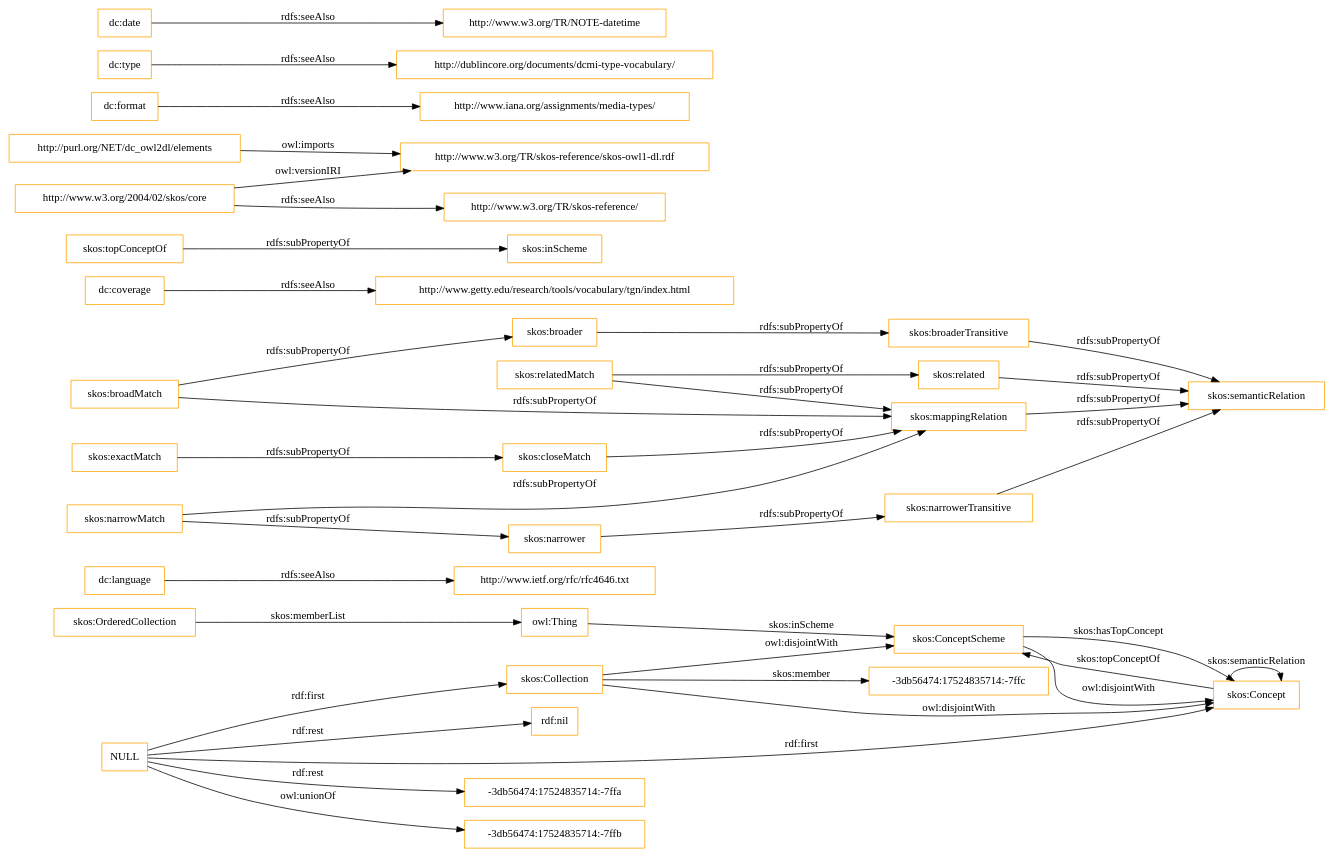
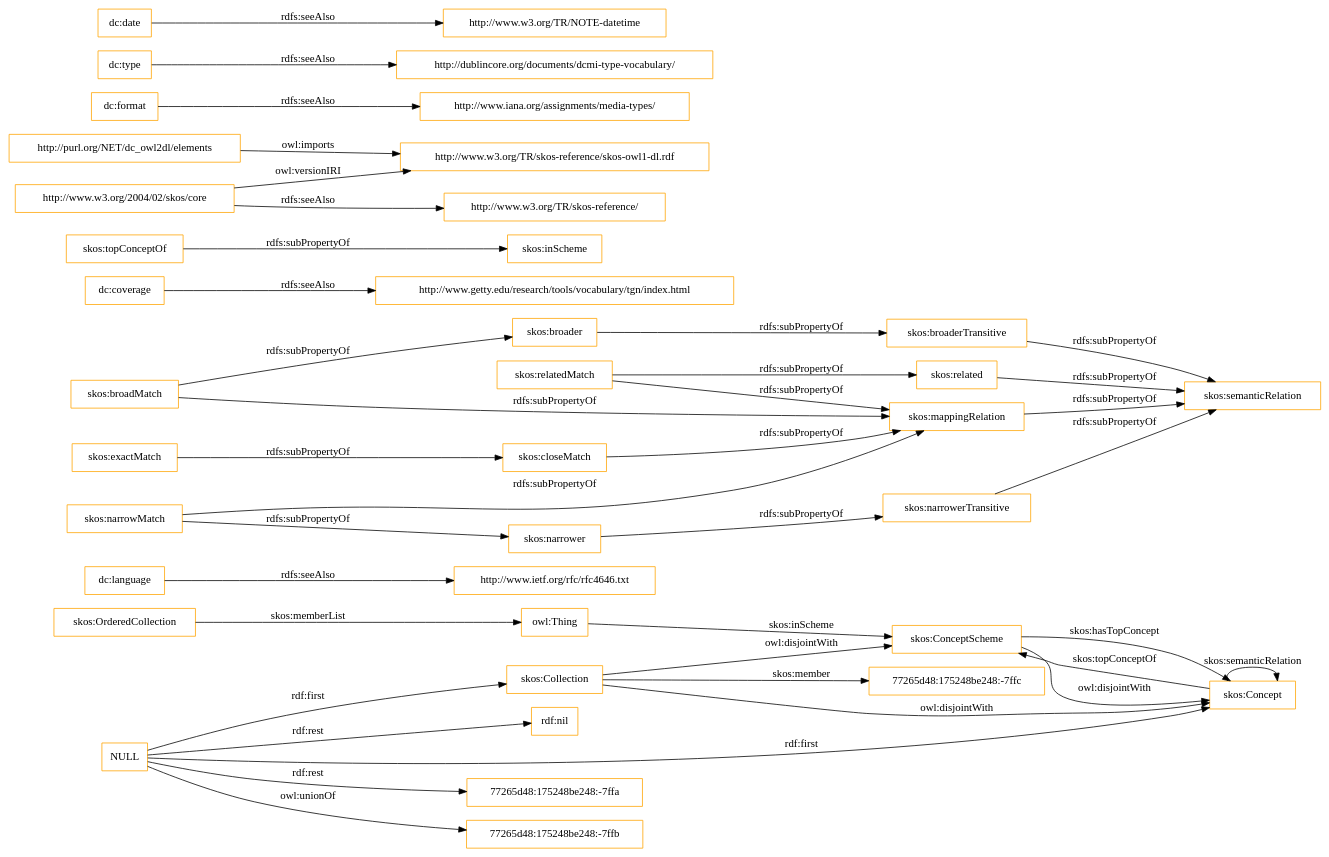
The diagram in OnToology/imports/elements.owl/diagrams/ar2dtool-class/elements.owl.png.dot (OnToologyUser/core-ontology-1), drawn with Graphviz before and after one commit. The commit also changed 14 other files, not shown here.

```diff
--- a/OnToology/imports/elements.owl/diagrams/ar2dtool-class/elements.owl.png.dot
+++ b/OnToology/imports/elements.owl/diagrams/ar2dtool-class/elements.owl.png.dot
@@ -1,43 +1,43 @@
 digraph ar2dtool_diagram { 
 rankdir=LR;
 size="1501"
-node [shape = rectangle, color="orange"]; "-3db56474:17524835714:-7ffc" "skos:OrderedCollection" "skos:Collection" "skos:ConceptScheme" "skos:Concept" ; /*classes style*/
+node [shape = rectangle, color="orange"]; "77265d48:175248be248:-7ffc" "skos:OrderedCollection" "skos:Collection" "skos:ConceptScheme" "skos:Concept" ; /*classes style*/
 	"dc:language" -> "http://www.ietf.org/rfc/rfc4646.txt" [ label = "rdfs:seeAlso" ];
-	"NULL" -> "-3db56474:17524835714:-7ffa" [ label = "rdf:rest" ];
+	"NULL" -> "77265d48:175248be248:-7ffa" [ label = "rdf:rest" ];
 	"NULL" -> "skos:Concept" [ label = "rdf:first" ];
-	"NULL" -> "-3db56474:17524835714:-7ffb" [ label = "owl:unionOf" ];
+	"NULL" -> "77265d48:175248be248:-7ffb" [ label = "owl:unionOf" ];
 	"NULL" -> "rdf:nil" [ label = "rdf:rest" ];
 	"NULL" -> "skos:Collection" [ label = "rdf:first" ];
 	"skos:closeMatch" -> "skos:mappingRelation" [ label = "rdfs:subPropertyOf" ];
 	"dc:coverage" -> "http://www.getty.edu/research/tools/vocabulary/tgn/index.html" [ label = "rdfs:seeAlso" ];
 	"skos:relatedMatch" -> "skos:related" [ label = "rdfs:subPropertyOf" ];
 	"skos:relatedMatch" -> "skos:mappingRelation" [ label = "rdfs:subPropertyOf" ];
 	"skos:ConceptScheme" -> "skos:Concept" [ label = "owl:disjointWith" ];
 	"skos:related" -> "skos:semanticRelation" [ label = "rdfs:subPropertyOf" ];
 	"skos:topConceptOf" -> "skos:inScheme" [ label = "rdfs:subPropertyOf" ];
 	"skos:broadMatch" -> "skos:broader" [ label = "rdfs:subPropertyOf" ];
 	"skos:broadMatch" -> "skos:mappingRelation" [ label = "rdfs:subPropertyOf" ];
 	"http://purl.org/NET/dc_owl2dl/elements" -> "http://www.w3.org/TR/skos-reference/skos-owl1-dl.rdf" [ label = "owl:imports" ];
 	"skos:exactMatch" -> "skos:closeMatch" [ label = "rdfs:subPropertyOf" ];
 	"dc:format" -> "http://www.iana.org/assignments/media-types/" [ label = "rdfs:seeAlso" ];
 	"skos:broaderTransitive" -> "skos:semanticRelation" [ label = "rdfs:subPropertyOf" ];
 	"dc:type" -> "http://dublincore.org/documents/dcmi-type-vocabulary/" [ label = "rdfs:seeAlso" ];
 	"skos:broader" -> "skos:broaderTransitive" [ label = "rdfs:subPropertyOf" ];
 	"skos:mappingRelation" -> "skos:semanticRelation" [ label = "rdfs:subPropertyOf" ];
 	"http://www.w3.org/2004/02/skos/core" -> "http://www.w3.org/TR/skos-reference/skos-owl1-dl.rdf" [ label = "owl:versionIRI" ];
 	"http://www.w3.org/2004/02/skos/core" -> "http://www.w3.org/TR/skos-reference/" [ label = "rdfs:seeAlso" ];
 	"skos:Collection" -> "skos:ConceptScheme" [ label = "owl:disjointWith" ];
 	"skos:Collection" -> "skos:Concept" [ label = "owl:disjointWith" ];
 	"skos:narrowMatch" -> "skos:narrower" [ label = "rdfs:subPropertyOf" ];
 	"skos:narrowMatch" -> "skos:mappingRelation" [ label = "rdfs:subPropertyOf" ];
 	"skos:narrower" -> "skos:narrowerTransitive" [ label = "rdfs:subPropertyOf" ];
 	"dc:date" -> "http://www.w3.org/TR/NOTE-datetime" [ label = "rdfs:seeAlso" ];
 	"skos:narrowerTransitive" -> "skos:semanticRelation" [ label = "rdfs:subPropertyOf" ];
 	"skos:OrderedCollection" -> "owl:Thing" [ label = "skos:memberList" ];
 	"skos:Concept" -> "skos:ConceptScheme" [ label = "skos:topConceptOf" ];
 	"skos:Concept" -> "skos:Concept" [ label = "skos:semanticRelation" ];
-	"skos:Collection" -> "-3db56474:17524835714:-7ffc" [ label = "skos:member" ];
+	"skos:Collection" -> "77265d48:175248be248:-7ffc" [ label = "skos:member" ];
 	"skos:ConceptScheme" -> "skos:Concept" [ label = "skos:hasTopConcept" ];
 	"owl:Thing" -> "skos:ConceptScheme" [ label = "skos:inScheme" ];
 
 }
```
